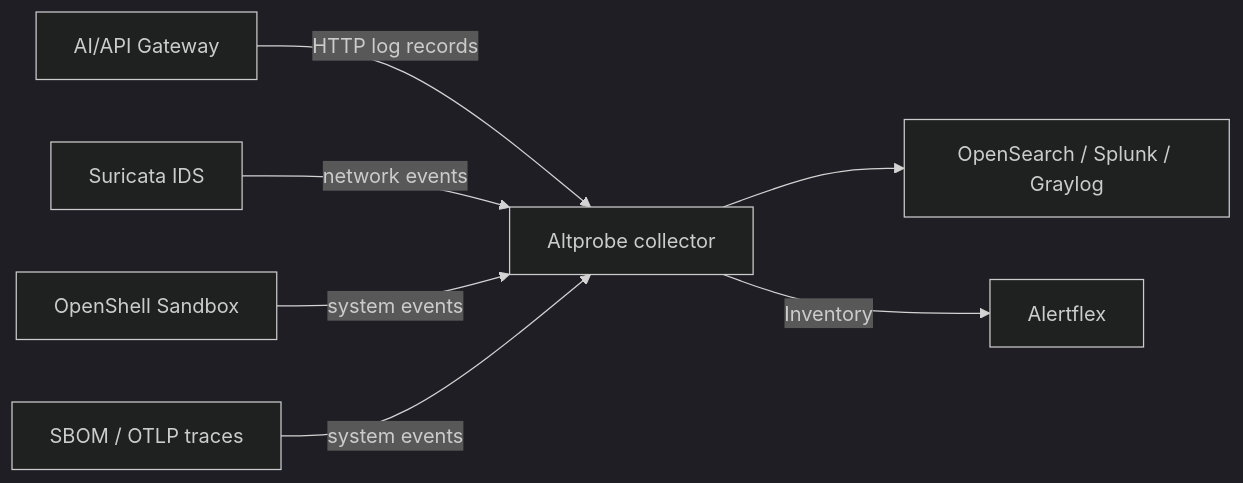
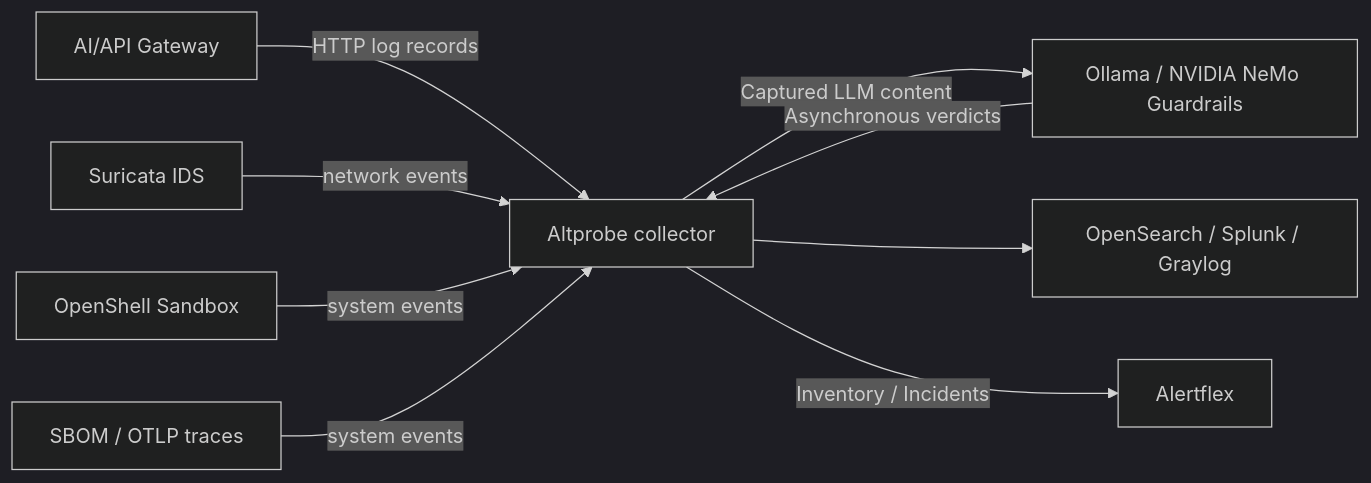
Before and after one commit to olegzhr/altprobe: the diagram in README.md, drawn with Mermaid (dark theme). The commit also changed other lines of this file, not shown here.

````diff
--- a/README.md
+++ b/README.md
@@ -49,9 +49,11 @@
 ```mermaid
 flowchart LR
     G[AI/API Gateway] -->|HTTP log records| A[Altprobe collector]
     N[Suricata IDS] -->|network events| A[Altprobe collector]
     H[OpenShell Sandbox] -->|system events| A[Altprobe collector]
     S[SBOM / OTLP traces] -->|system events| A[Altprobe collector]
+    A -->|Captured LLM content| L[Ollama / NVIDIA NeMo Guardrails]
+    L -->|Asynchronous verdicts| A
     A --> O[OpenSearch / Splunk / Graylog]
-    A -->|Inventory| C[Alertflex]
+    A -->|Inventory / Incidents| C[Alertflex]
 ```
````
